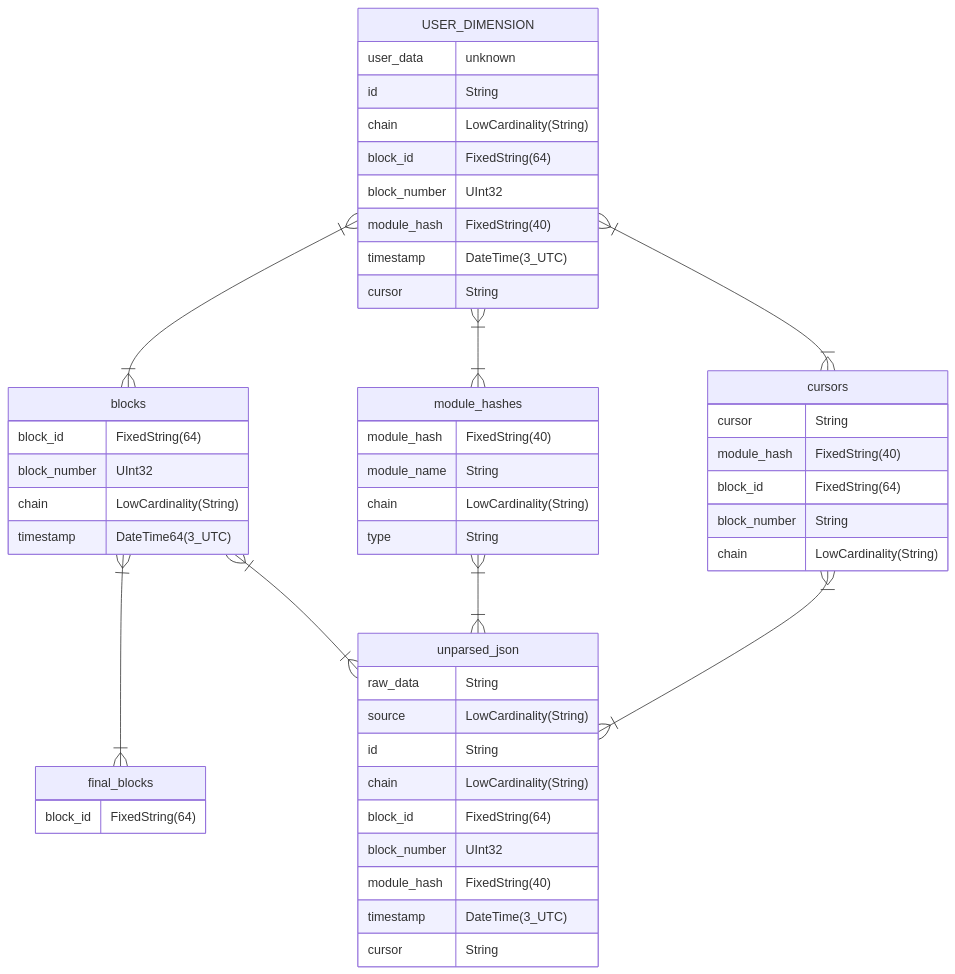
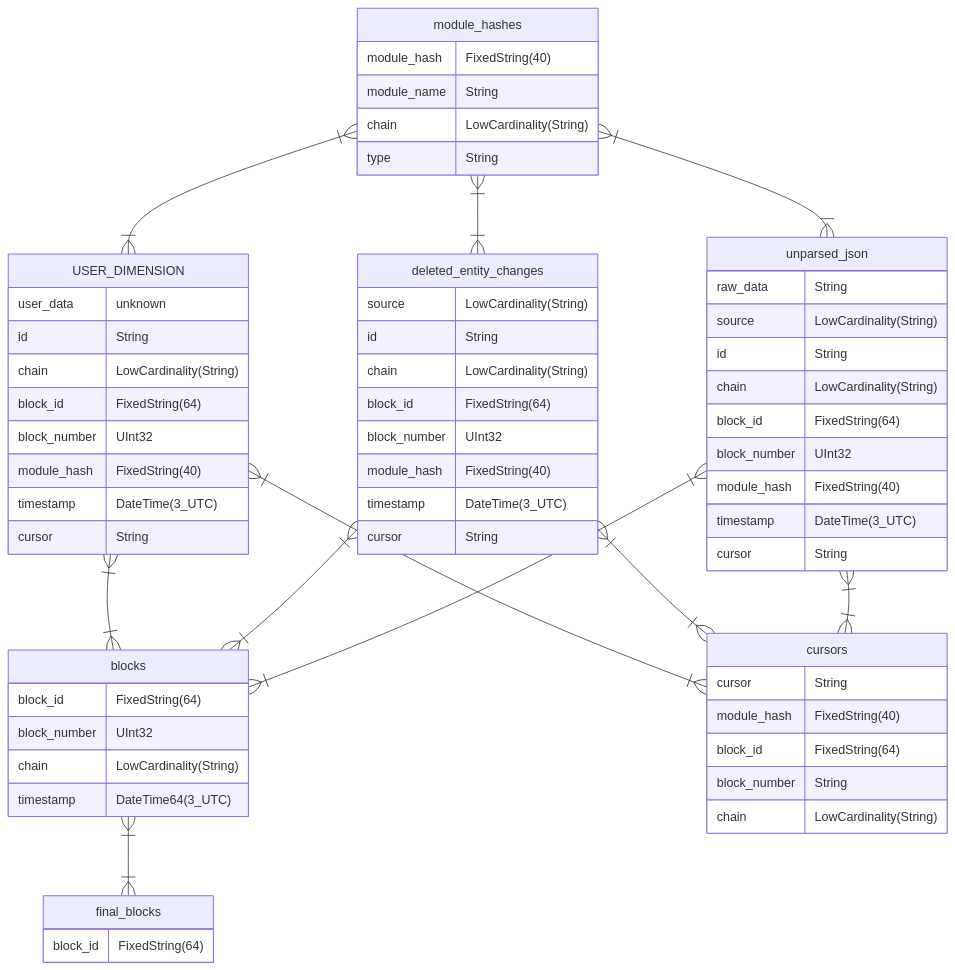
Before and after one commit to pinax-network/substreams-sink-clickhouse: the diagram in README.md, drawn with Mermaid. The commit also changed other lines of this file and 1 other file, not shown here.

````diff
--- a/README.md
+++ b/README.md
@@ -171,61 +184,76 @@
 ```mermaid
 erDiagram
     USER_DIMENSION }|--|{ blocks : " "
-    USER_DIMENSION }|--|{ module_hashes : " "
+    module_hashes }|--|{ USER_DIMENSION : " "
     USER_DIMENSION }|--|{ cursors : " "
+
+    deleted_entity_changes }|--|{ blocks : " "
+    module_hashes }|--|{ deleted_entity_changes : " "
+    deleted_entity_changes }|--|{ cursors : " "
+
+    unparsed_json }|--|{ blocks : " "
+    module_hashes }|--|{ unparsed_json : " "
+    unparsed_json }|--|{ cursors : " "
 
     blocks }|--|{ final_blocks : " "
 
-    blocks }|--|{ unparsed_json : " "
-    module_hashes }|--|{ unparsed_json : " "
-    cursors }|--|{ unparsed_json : " "
-
     USER_DIMENSION {
         user_data unknown
+        id String
+        chain LowCardinality(String)
+        block_id FixedString(64)
+        block_number UInt32
+        module_hash FixedString(40)
+        timestamp DateTime(3_UTC)
+        cursor String
+   }
+
+    deleted_entity_changes {
+        source LowCardinality(String)
         id String
         chain LowCardinality(String)
         block_id FixedString(64)
         block_number UInt32
         module_hash FixedString(40)
         timestamp DateTime(3_UTC)
         cursor String
    }
 
     unparsed_json {
         raw_data String
         source LowCardinality(String)
         id String
         chain LowCardinality(String)
         block_id FixedString(64)
         block_number UInt32
         module_hash FixedString(40)
         timestamp DateTime(3_UTC)
         cursor String
     }
 
     blocks {
           block_id FixedString(64)
           block_number UInt32
           chain LowCardinality(String)
           timestamp DateTime64(3_UTC)
     }
 
     module_hashes {
         module_hash   FixedString(40)
         module_name   String
         chain         LowCardinality(String)
         type          String
     }
 
     final_blocks {
         block_id FixedString(64)
     }
 
     cursors {
         cursor        String
         module_hash   FixedString(40)
         block_id      FixedString(64)
         block_number  String
         chain         LowCardinality(String)
     }
 ```
````
